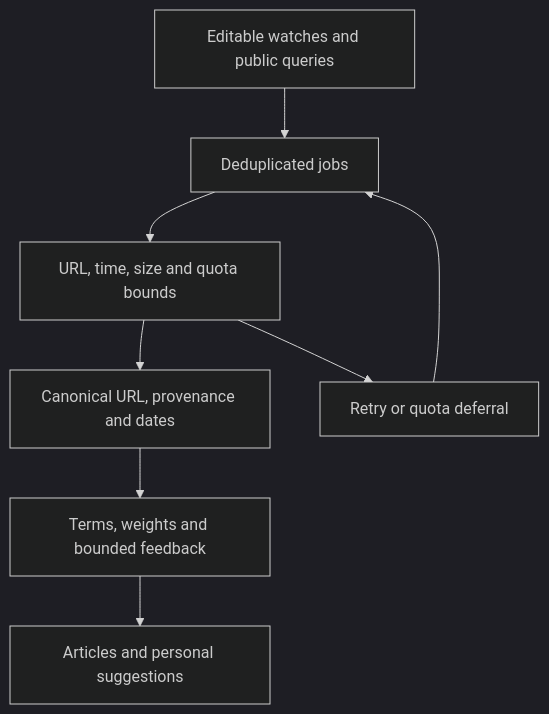
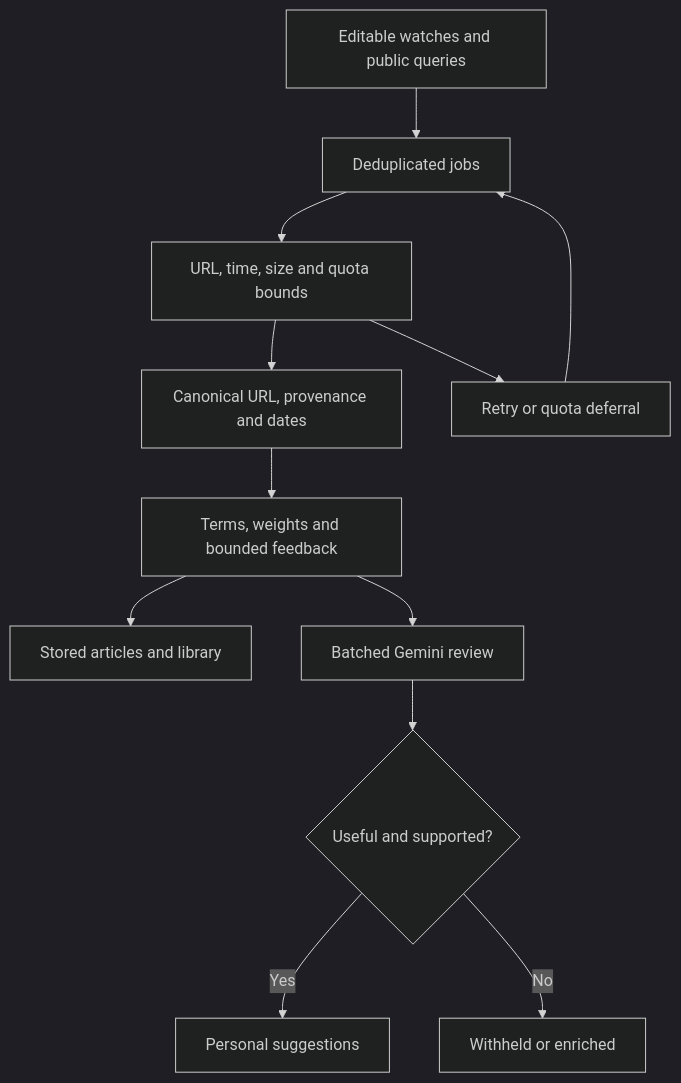
The third of 6 diagrams in docs/ARCHITECTURE.md (Idoheled/StackSignal), drawn with Mermaid (dark theme) before and after one commit. The commit also changed other lines of this file and 18 other files, not shown here.

````diff
--- a/docs/ARCHITECTURE.md
+++ b/docs/ARCHITECTURE.md
@@ -67,10 +67,14 @@
 ```mermaid
 flowchart TD
   Watches["Editable watches and public queries"] --> Queue["Deduplicated jobs"]
   Queue --> Fetch["URL, time, size and quota bounds"]
   Fetch --> Normalize["Canonical URL, provenance and dates"]
   Normalize --> Rank["Terms, weights and bounded feedback"]
-  Rank --> Library["Articles and personal suggestions"]
+  Rank --> Library["Stored articles and library"]
+  Rank --> Review["Batched Gemini review"]
+  Review --> Admit{"Useful and supported?"}
+  Admit -->|Yes| Feed["Personal suggestions"]
+  Admit -->|No| Pending["Withheld or enriched"]
   Fetch --> Deferred["Retry or quota deferral"]
   Deferred --> Queue
 ```
````
